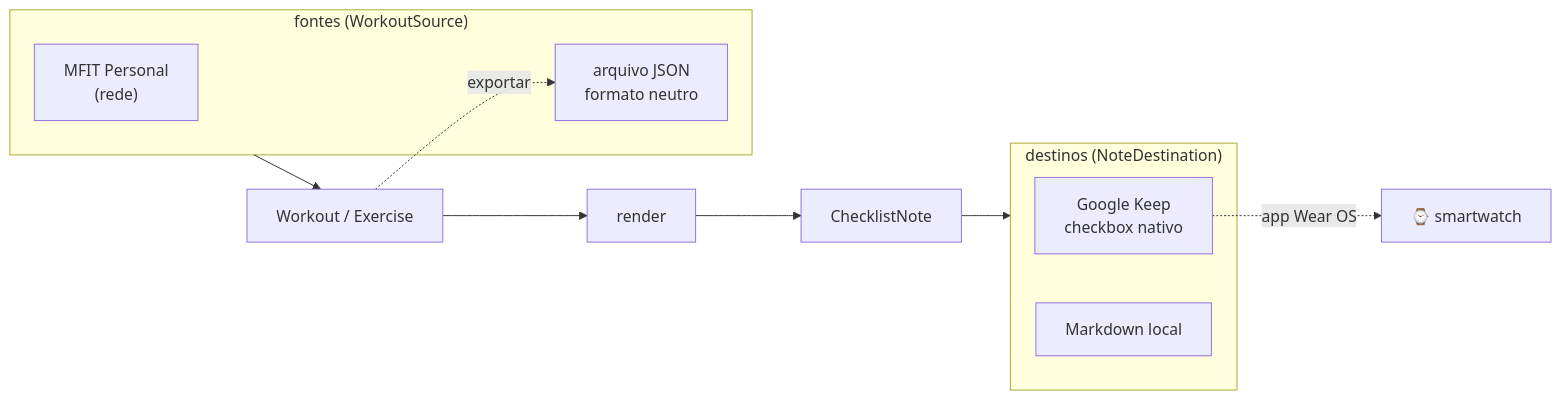
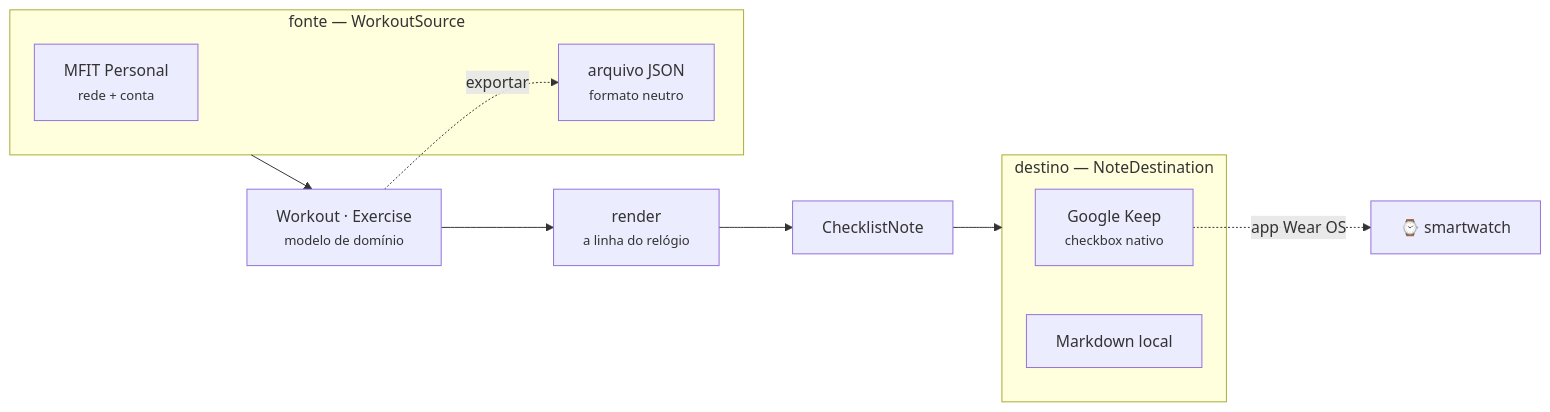
Before and after one commit to Bruno-Mascarenhas/mfit2keep: the diagram in README.md, drawn with Mermaid. The commit also changed other lines of this file and 4 other files, not shown here.

Commit message:
docs: atualiza readme, diagramas e imagens para a arquitetura final

````diff
--- a/README.md
+++ b/README.md
@@ -49,17 +49,20 @@
 ```mermaid
 flowchart LR
-    subgraph fontes["fontes (WorkoutSource)"]
-        M["MFIT Personal<br/>(rede)"]
-        J["arquivo JSON<br/>formato neutro"]
+    subgraph fontes["fonte — WorkoutSource"]
+        M["MFIT Personal<br/><small>rede + conta</small>"]
+        J["arquivo JSON<br/><small>formato neutro</small>"]
     end
-    fontes --> W["Workout / Exercise"]
-    W --> R["render"]
+
+    fontes --> W["Workout · Exercise<br/><small>modelo de domínio</small>"]
     W -.->|exportar| J
+    W --> R["render<br/><small>a linha do relógio</small>"]
     R --> N["ChecklistNote"]
-    subgraph destinos["destinos (NoteDestination)"]
-        K["Google Keep<br/>checkbox nativo"]
+
+    subgraph destinos["destino — NoteDestination"]
+        K["Google Keep<br/><small>checkbox nativo</small>"]
         L["Markdown local"]
     end
+
     N --> destinos
     K -.->|app Wear OS| S["⌚ smartwatch"]
 ```
````
